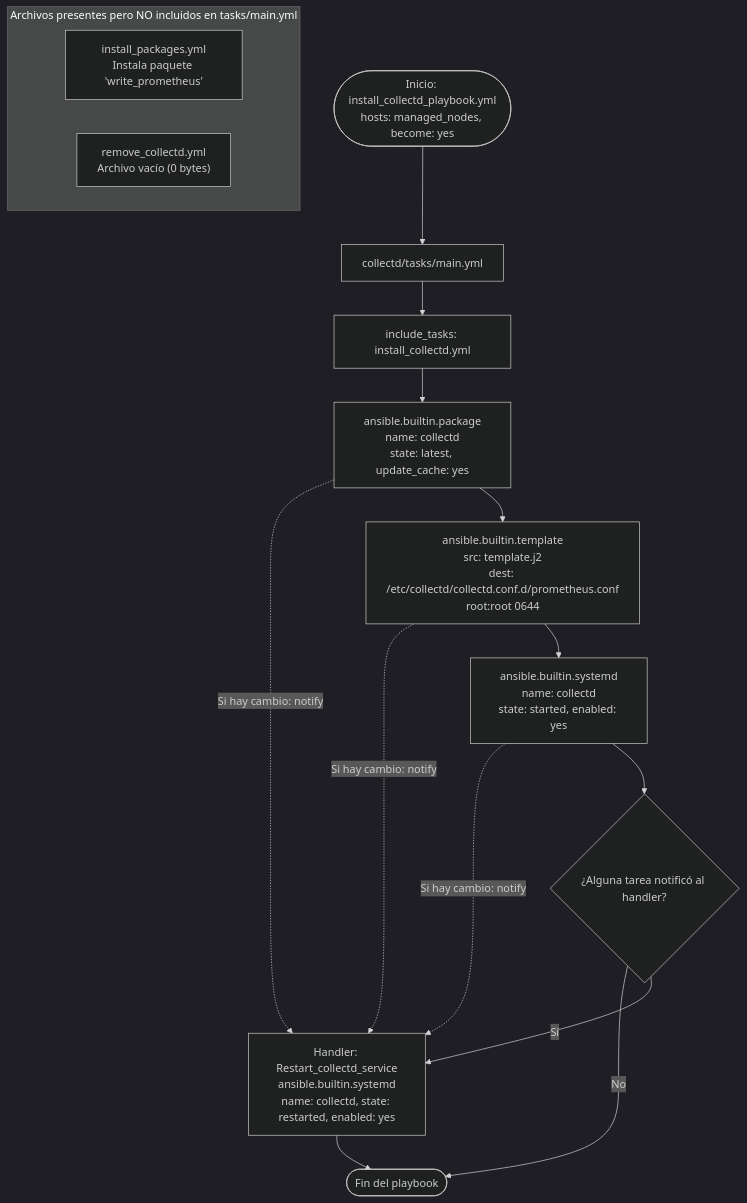
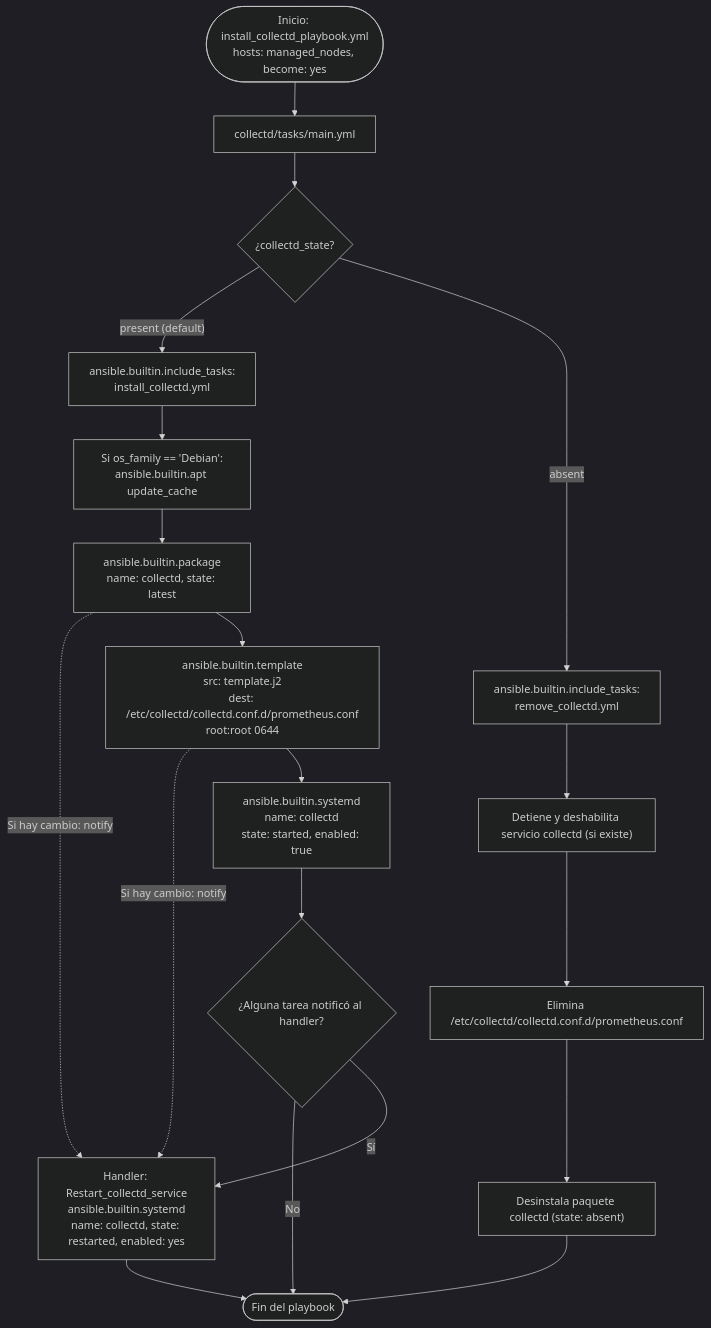
One commit to Mici7120/ansible-sandbox changed the third of 4 diagrams in docs/architecture.md. Above: the diagram before and after it, drawn with Mermaid (dark theme). The commit also changed other lines of this file and 3 other files, not shown here.

Commit message:
docs: update documentation and diagrams after role fixes

````diff
--- a/docs/architecture.md
+++ b/docs/architecture.md
@@ -85,24 +83,25 @@
 ```mermaid
 flowchart TD
     START(["Inicio: install_collectd_playbook.yml\nhosts: managed_nodes, become: yes"]) --> MAIN["collectd/tasks/main.yml"]
+    MAIN --> STATE{"¿collectd_state?"}
 
-    MAIN --> INC1["include_tasks: install_collectd.yml"]
-    INC1 --> PKG["ansible.builtin.package\nname: collectd\nstate: latest, update_cache: yes"]
+    STATE -- "present (default)" --> INC1["ansible.builtin.include_tasks:\ninstall_collectd.yml"]
+    INC1 --> APT["Si os_family == 'Debian':\nansible.builtin.apt update_cache"]
+    APT --> PKG["ansible.builtin.package\nname: collectd, state: latest"]
     PKG -. "Si hay cambio: notify" .-> HND
 
     PKG --> TPL["ansible.builtin.template\nsrc: template.j2\ndest: /etc/collectd/collectd.conf.d/prometheus.conf\nroot:root 0644"]
     TPL -. "Si hay cambio: notify" .-> HND
 
-    TPL --> SVC["ansible.builtin.systemd\nname: collectd\nstate: started, enabled: yes"]
-    SVC -. "Si hay cambio: notify" .-> HND
-
+    TPL --> SVC["ansible.builtin.systemd\nname: collectd\nstate: started, enabled: true"]
     SVC --> END_TASKS{"¿Alguna tarea notificó al handler?"}
     END_TASKS -- "No" --> FINISH(["Fin del playbook"])
     END_TASKS -- "Sí" --> HND["Handler: Restart_collectd_service\nansible.builtin.systemd\nname: collectd, state: restarted, enabled: yes"]
     HND --> FINISH
 
-    subgraph UNUSED["Archivos presentes pero NO incluidos en tasks/main.yml"]
-        U1["install_packages.yml\nInstala paquete 'write_prometheus'"]
-        U2["remove_collectd.yml\nArchivo vacío (0 bytes)"]
-    end
+    STATE -- "absent" --> REM["ansible.builtin.include_tasks:\nremove_collectd.yml"]
+    REM --> REM1["Detiene y deshabilita servicio collectd (si existe)"]
+    REM1 --> REM2["Elimina /etc/collectd/collectd.conf.d/prometheus.conf"]
+    REM2 --> REM3["Desinstala paquete collectd (state: absent)"]
+    REM3 --> FINISH
 ```
````
